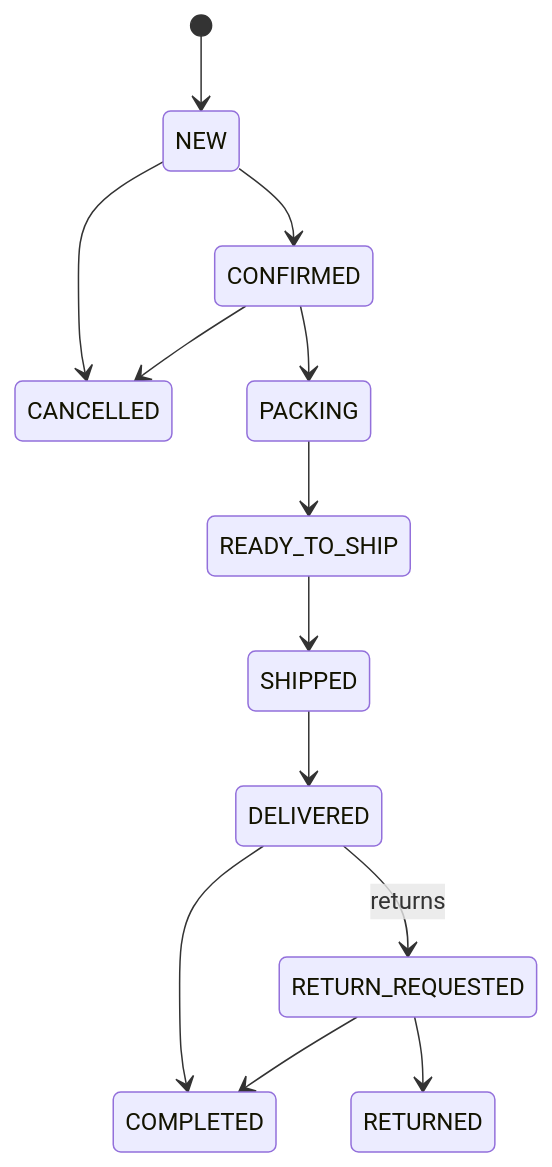
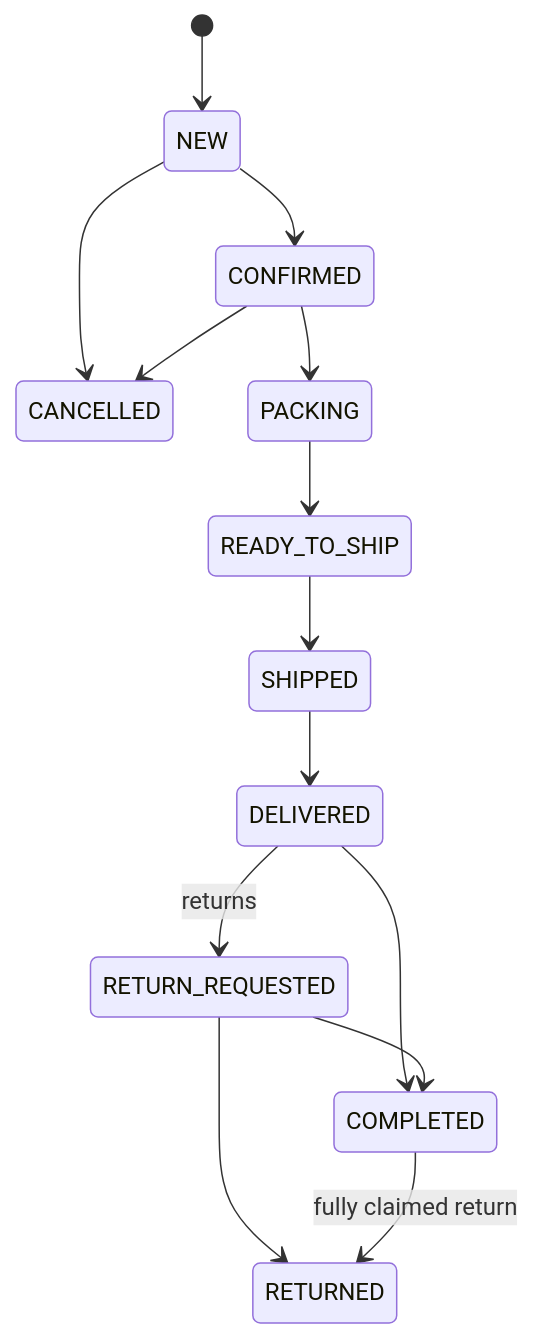
One commit to ntxinh/ecommerce changed the second of 2 diagrams in docs/workflows/order-lifecycle.md. Above: the diagram before and after it, drawn with Mermaid. The commit also changed other lines of this file and 130 other files, not shown here.

````diff
--- a/docs/workflows/order-lifecycle.md
+++ b/docs/workflows/order-lifecycle.md
@@ -36,15 +36,16 @@
 ```mermaid
 stateDiagram-v2
   [*] --> NEW
   NEW --> CONFIRMED
   NEW --> CANCELLED
   CONFIRMED --> PACKING
   CONFIRMED --> CANCELLED
   PACKING --> READY_TO_SHIP
   READY_TO_SHIP --> SHIPPED
   SHIPPED --> DELIVERED
   DELIVERED --> COMPLETED
   DELIVERED --> RETURN_REQUESTED: returns
   RETURN_REQUESTED --> RETURNED
   RETURN_REQUESTED --> COMPLETED
+  COMPLETED --> RETURNED: fully claimed return
 ```
````
